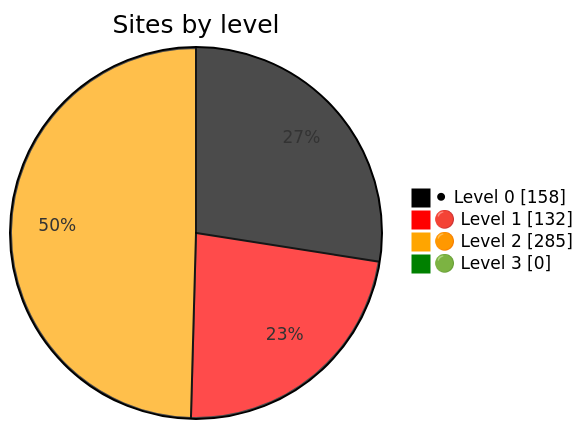
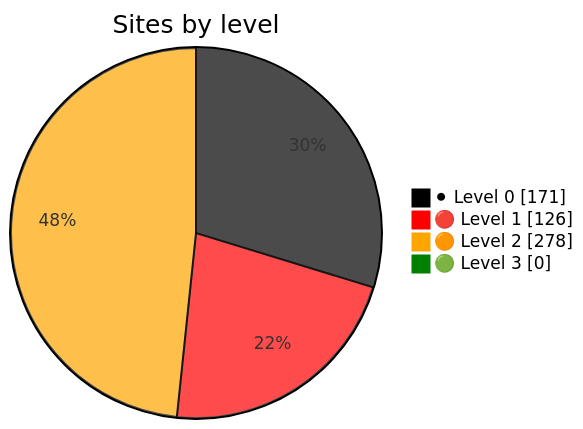
The diagram in README.md (nuuuwan/gov_lk_web_auditor), drawn with Mermaid before and after one commit. The commit also changed other lines of this file and 2609 other files, not shown here.

````diff
--- a/README.md
+++ b/README.md
@@ -24,9 +24,9 @@
 ```mermaid
 %%{init: {"themeVariables":{"pie1":"black","pie2":"red","pie3":"orange","pie4":"green"}}}%%
 pie showData
     title Sites by level
-    "⚫ Level 0" : 158
-    "🔴 Level 1" : 132
-    "🟠 Level 2" : 285
+    "⚫ Level 0" : 171
+    "🔴 Level 1" : 126
+    "🟠 Level 2" : 278
     "🟢 Level 3" : 0
 ```
````
